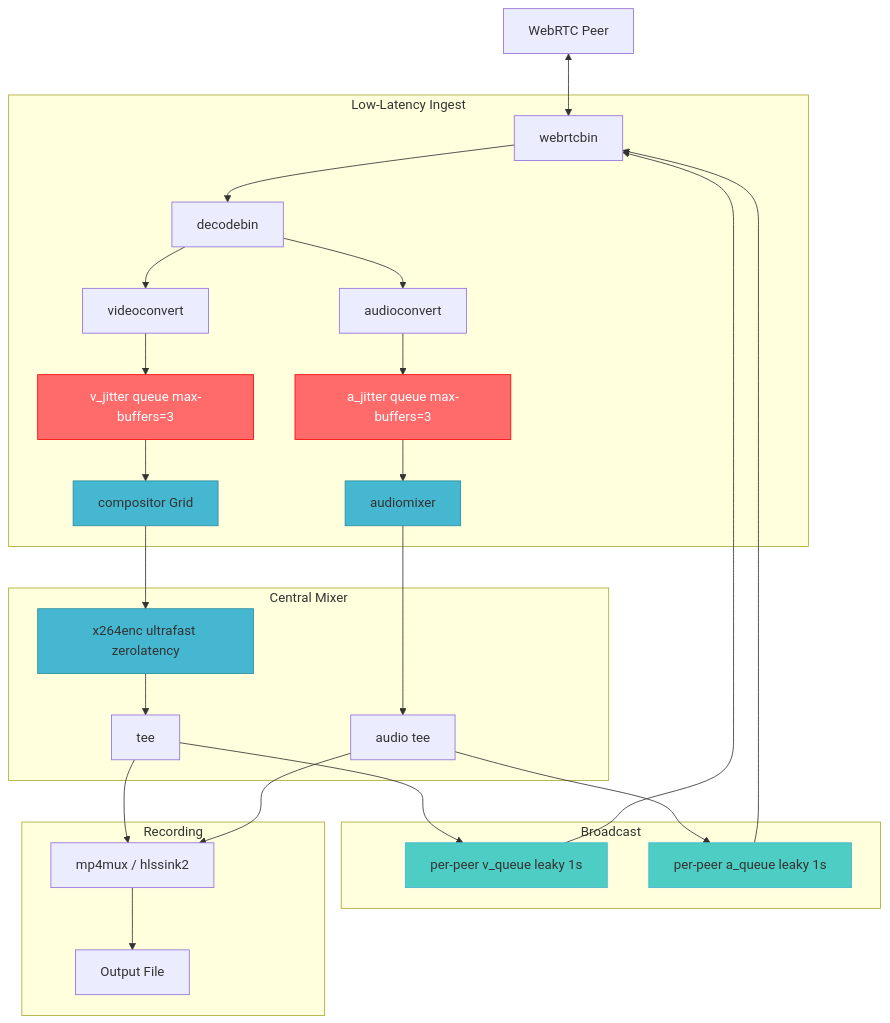
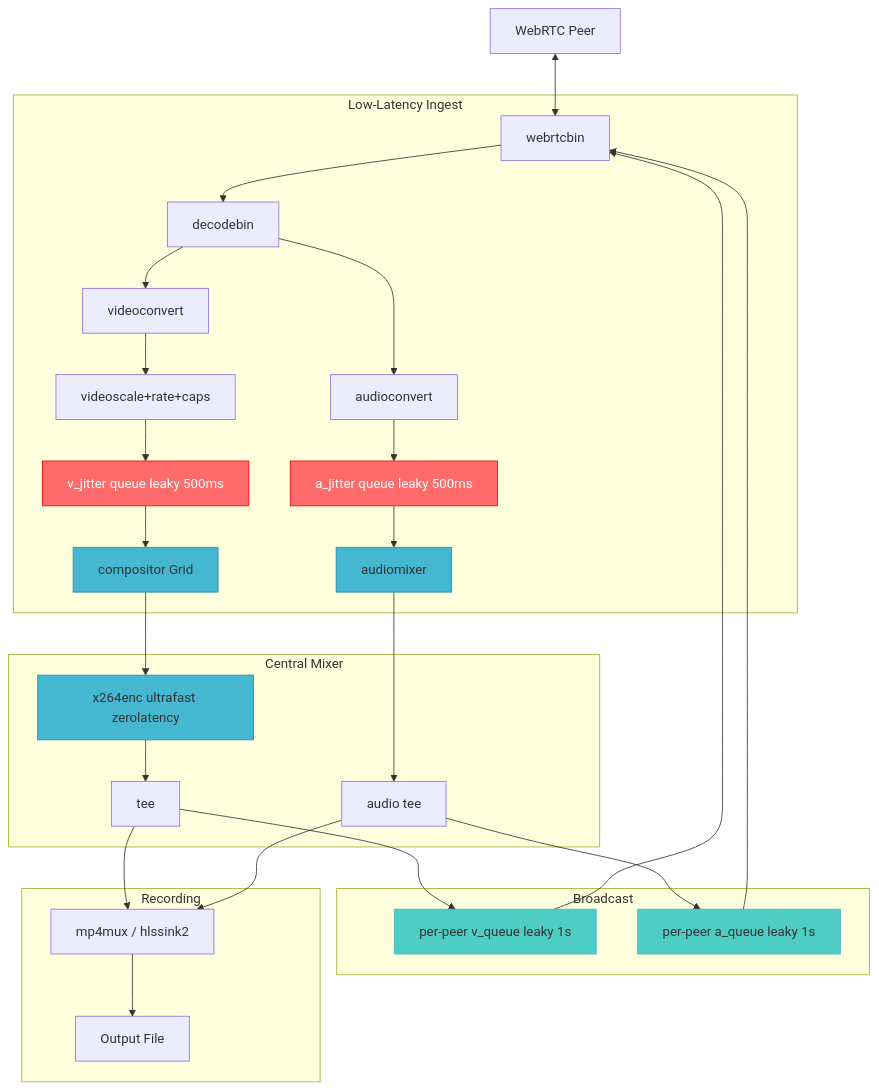
The first of 2 diagrams in GST.md (zencrypted/rtp), drawn with Mermaid before and after one commit. The commit also changed other lines of this file, not shown here.

````diff
--- a/GST.md
+++ b/GST.md
@@ -37,32 +37,33 @@
 ```mermaid
 flowchart TD
     Peer[WebRTC Peer] <--> WB[webrtcbin]
     subgraph Ingest ["Low-Latency Ingest"]
         WB --> DB[decodebin]
         DB --> VC[videoconvert]
-        VC --> JQ[v_jitter queue max-buffers=3]
+        VC --> VR[videoscale+rate+caps]
+        VR --> JQ[v_jitter queue leaky 500ms]
         JQ --> COMP[compositor Grid]
         DB --> AC[audioconvert]
-        AC --> AJQ[a_jitter queue max-buffers=3]
+        AC --> AJQ[a_jitter queue leaky 500ms]
         AJQ --> AMIX[audiomixer]
     end
     subgraph Mixer ["Central Mixer"]
         COMP --> ENC[x264enc ultrafast zerolatency]
         ENC --> TEE[tee]
         AMIX --> ATEE[audio tee]
     end
     subgraph Broadcast ["Broadcast"]
         TEE --> VQ[per-peer v_queue leaky 1s] --> WB
         ATEE --> AQ[per-peer a_queue leaky 1s] --> WB
     end
     subgraph Recording ["Recording"]
         TEE --> MUX[mp4mux / hlssink2] --> OUT[Output File]
         ATEE --> MUX
     end
     classDef critical fill:#FF6B6B,stroke:#FF0000,color:white
     classDef queue fill:#4ECDC4,stroke:#45B7D1
     classDef mixer fill:#45B7D1,stroke:#2C8C9E
     class JQ,AJQ critical
     class VQ,AQ queue
     class COMP,ENC,AMIX mixer
 ```
````
